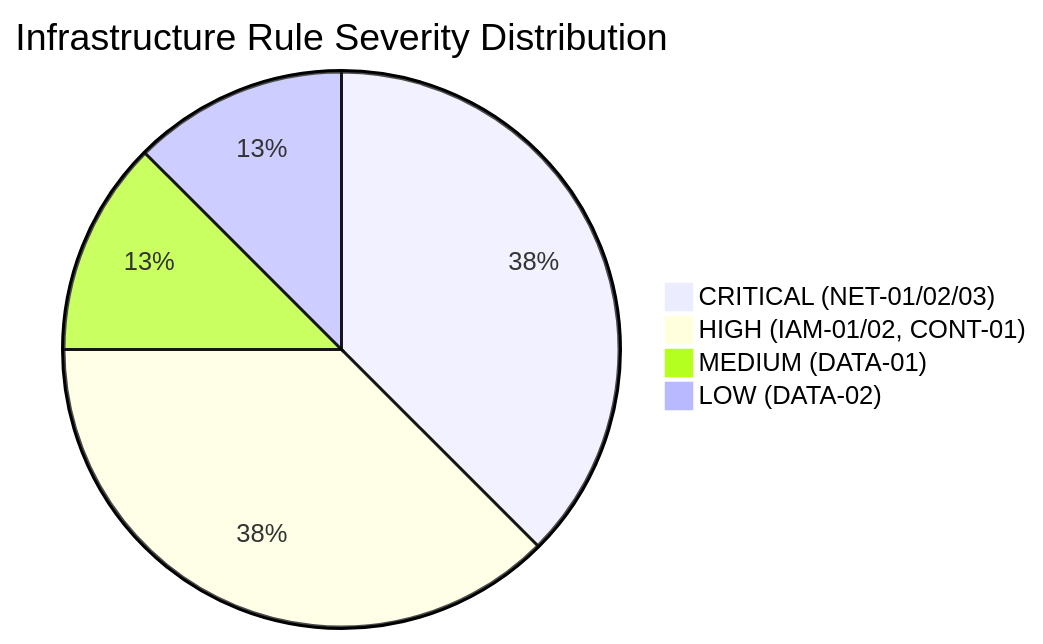
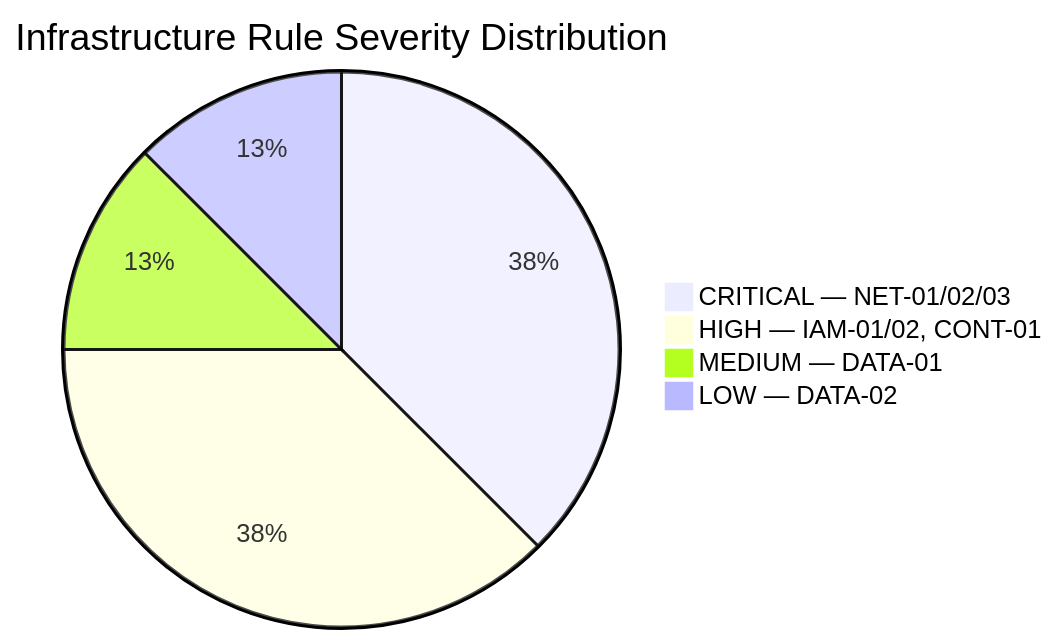
Before and after one commit to WongChinPang/DevSecOps-Pipeline: the second of 6 diagrams in REPORT.md, drawn with Mermaid. The commit also changed other lines of this file, not shown here.

Commit message:
docs: final corrected report — 6 sections, 18 tables, 6 diagrams, third-person, all facts verified against codebase

````diff
--- a/REPORT.md
+++ b/REPORT.md
@@ -260,7 +228,7 @@
 ```mermaid
 pie title Infrastructure Rule Severity Distribution
-    "CRITICAL (NET-01/02/03)" : 3
-    "HIGH (IAM-01/02, CONT-01)" : 3
-    "MEDIUM (DATA-01)" : 1
-    "LOW (DATA-02)" : 1
+    "CRITICAL — NET-01/02/03" : 3
+    "HIGH — IAM-01/02, CONT-01" : 3
+    "MEDIUM — DATA-01" : 1
+    "LOW — DATA-02" : 1
 ```
````
